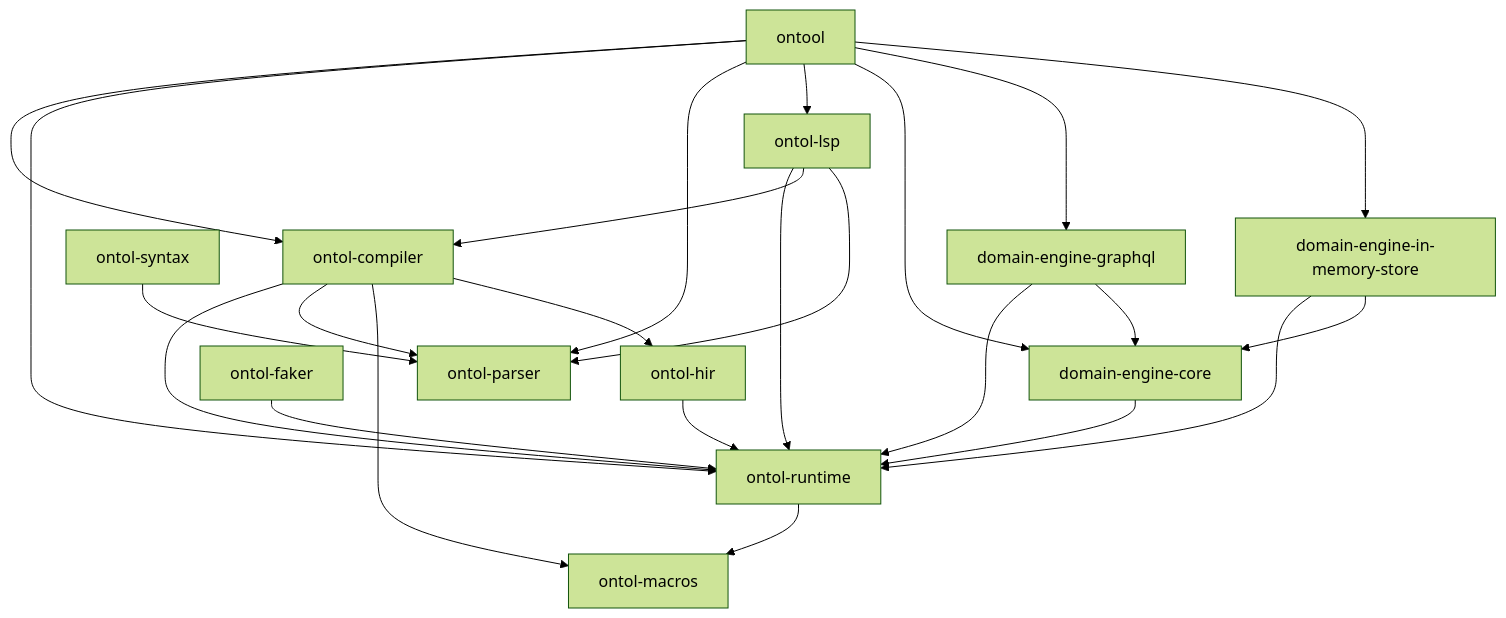
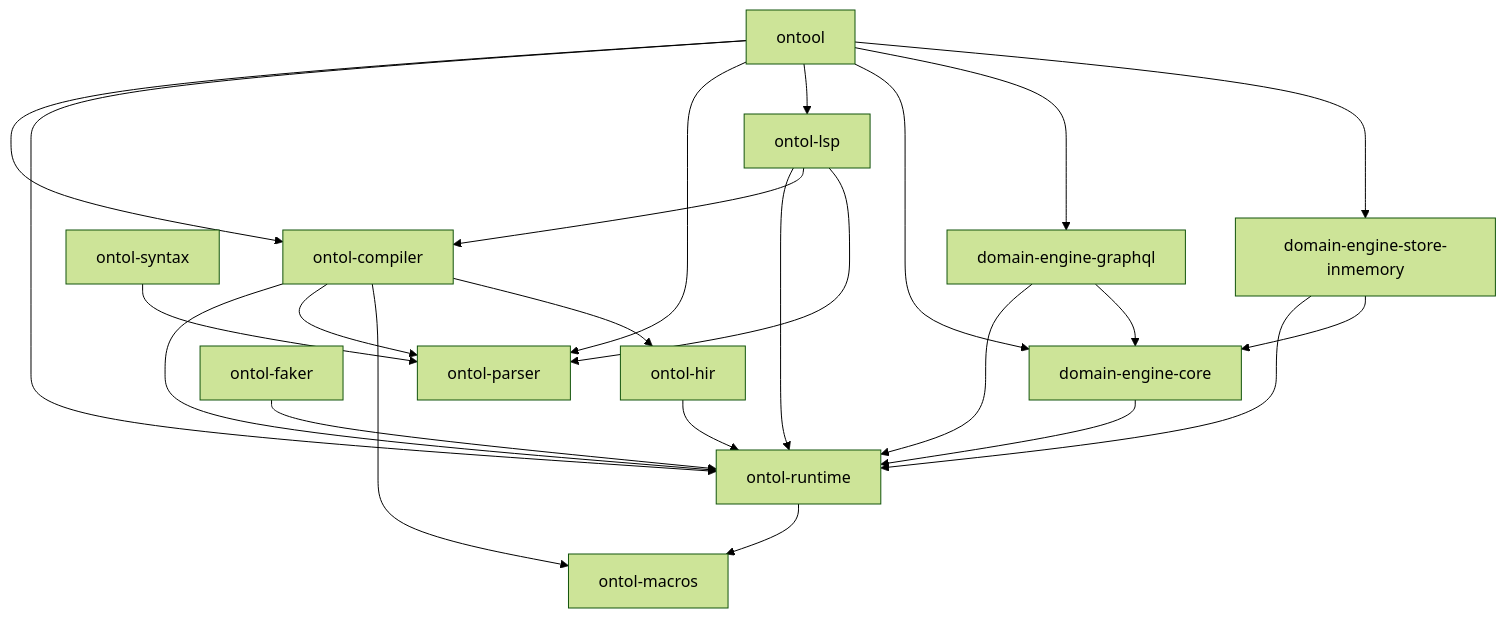
Before and after one commit to protojour/domain-engine: the diagram in README.md, drawn with Mermaid (forest theme). The commit also changed 19 other files, not shown here.

Commit message:
chore: rename domain-engine-in-memory-store to domain-engine-store-inmemory

````diff
--- a/README.md
+++ b/README.md
@@ -39,35 +39,35 @@
 ```mermaid
 graph TD
    ontol-runtime-->ontol-macros
 
    ontol-compiler-->ontol-runtime
    ontol-compiler-->ontol-parser
    ontol-compiler-->ontol-macros
    ontol-compiler-->ontol-hir
 
    ontol-hir-->ontol-runtime
 
    ontol-syntax-->ontol-parser
 
    ontol-lsp-->ontol-runtime
    ontol-lsp-->ontol-compiler
    ontol-lsp-->ontol-parser
 
    ontol-faker-->ontol-runtime
 
    domain-engine-core-->ontol-runtime
 
    domain-engine-graphql-->ontol-runtime
    domain-engine-graphql-->domain-engine-core
 
-   domain-engine-in-memory-store-->ontol-runtime
-   domain-engine-in-memory-store-->domain-engine-core
+   domain-engine-store-inmemory-->ontol-runtime
+   domain-engine-store-inmemory-->domain-engine-core
 
    ontool-->ontol-compiler
    ontool-->ontol-runtime
    ontool-->ontol-parser
    ontool-->ontol-lsp
    ontool-->domain-engine-core
    ontool-->domain-engine-graphql
-   ontool-->domain-engine-in-memory-store
+   ontool-->domain-engine-store-inmemory
 ```
````
